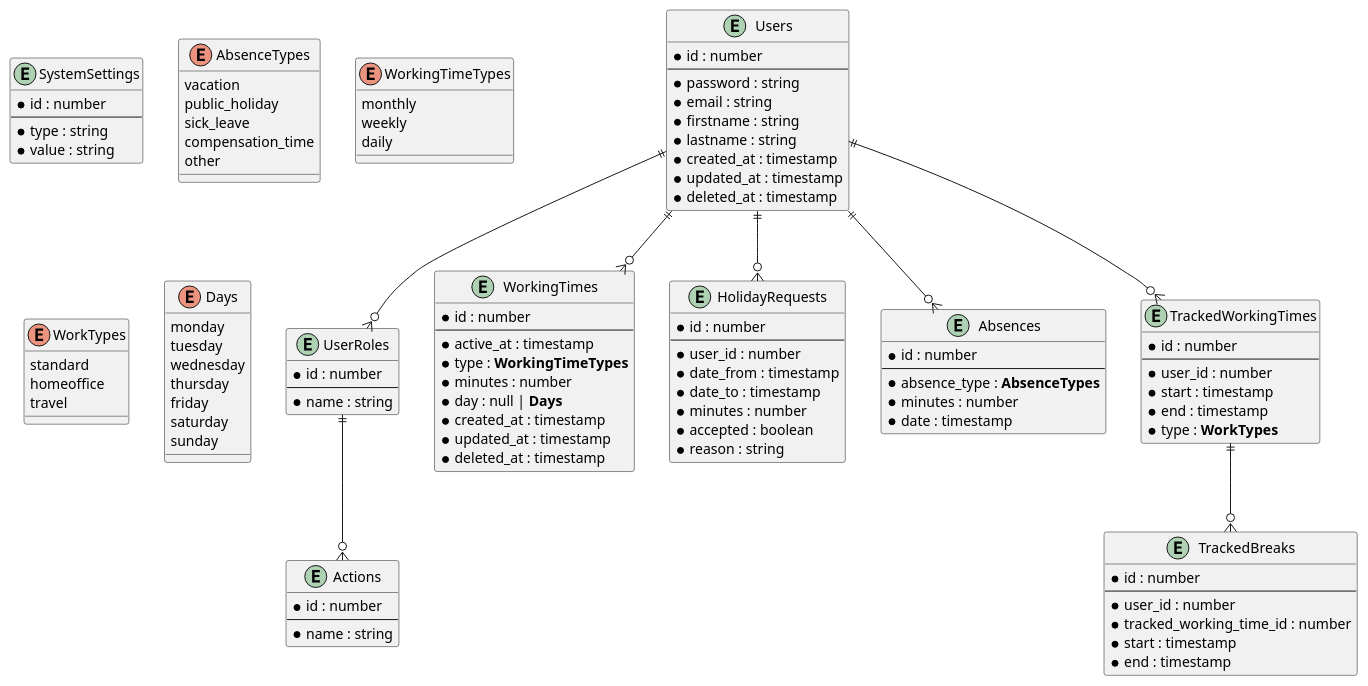
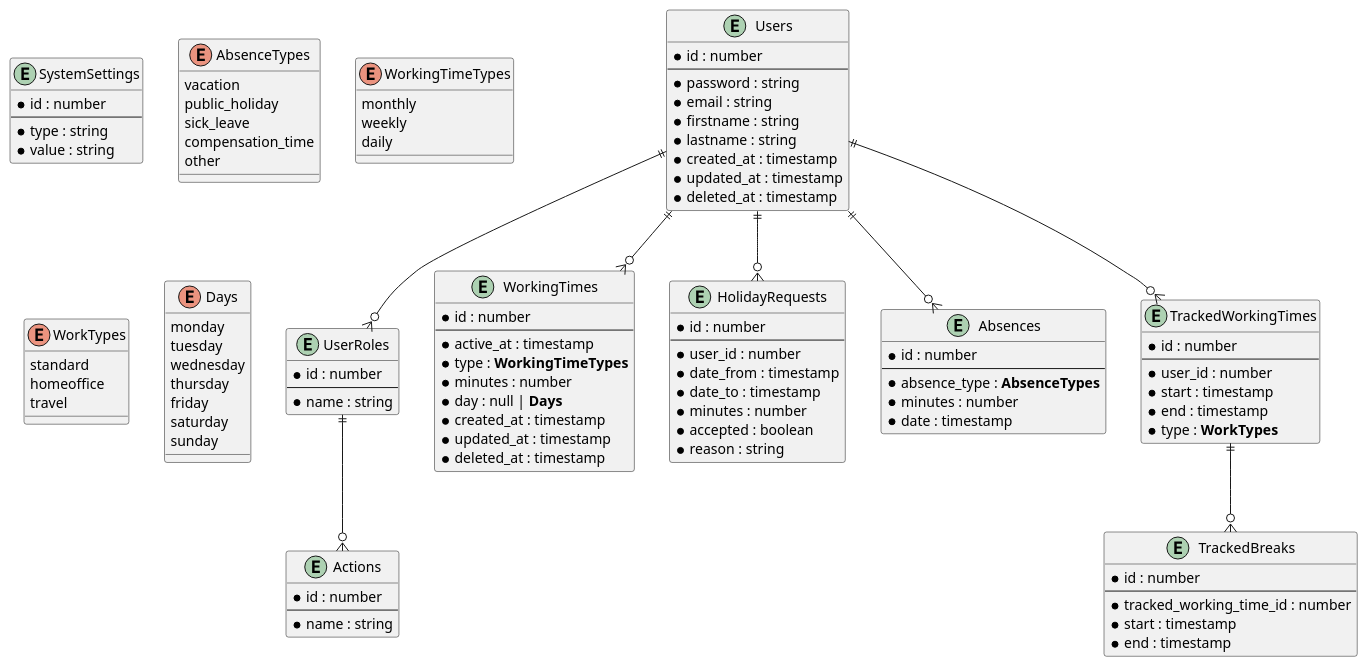
The diagram in database/structure/timekeeper_db.puml (dodlhuat/timekeeper), drawn with PlantUML before and after one commit. The commit also changed 15 other files, not shown here.

```diff
--- a/database/structure/timekeeper_db.puml
+++ b/database/structure/timekeeper_db.puml
@@ -1,108 +1,107 @@
 @startuml
 entity Users {
 * id : number
 --
 * password : string
 * email : string
 * firstname : string
 * lastname : string
 * created_at : timestamp
 * updated_at : timestamp
 * deleted_at : timestamp
 }
 entity UserRoles {
 * id : number
 --
 * name : string
 }
 entity Actions {
 * id : number
 --
 * name : string
 }
 entity WorkingTimes {
 * id : number
 --
 * active_at : timestamp
 * type : **WorkingTimeTypes**
 * minutes : number
 * day : null | **Days**
 * created_at : timestamp
 * updated_at : timestamp
 * deleted_at : timestamp
 }
 entity HolidayRequests {
 * id : number
 --
 * user_id : number
 * date_from : timestamp
 * date_to : timestamp
 * minutes : number
 * accepted : boolean
 * reason : string
 }
 entity Absences {
 * id : number
 --
 * absence_type : **AbsenceTypes**
 * minutes : number
 * date : timestamp
 }
 entity TrackedWorkingTimes {
 * id : number
 --
 * user_id : number
 * start : timestamp
 * end : timestamp
 * type : **WorkTypes**
 }
 entity TrackedBreaks {
 * id : number
 --
-* user_id : number
 * tracked_working_time_id : number
 * start : timestamp
 * end : timestamp
 }
 entity SystemSettings {
 * id : number
 --
 * type : string
 * value : string
 }
 
 Users ||--o{ UserRoles
 UserRoles ||--o{ Actions
 Users ||--o{ WorkingTimes
 Users ||--o{ Absences
 Users ||--o{ HolidayRequests
 Users ||--o{ TrackedWorkingTimes
 TrackedWorkingTimes ||--o{ TrackedBreaks
 
 enum AbsenceTypes {
  vacation
  public_holiday
  sick_leave
  compensation_time
  other
 }
 enum WorkingTimeTypes {
  monthly
  weekly
  daily
 }
 enum WorkTypes {
  standard
  homeoffice
  travel
 }
 enum Days {
  monday
  tuesday
  wednesday
  thursday
  friday
  saturday
  sunday
 }
 @enduml
```
